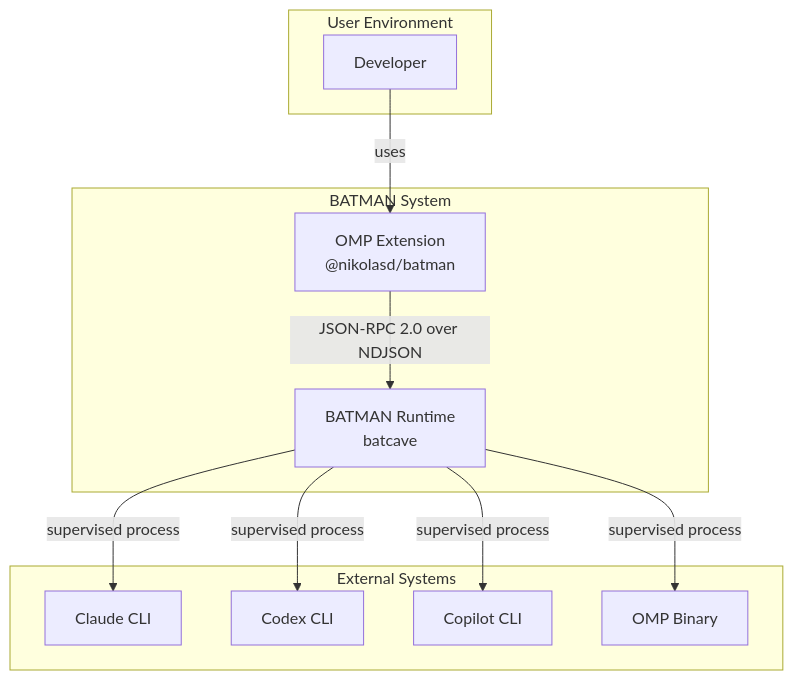
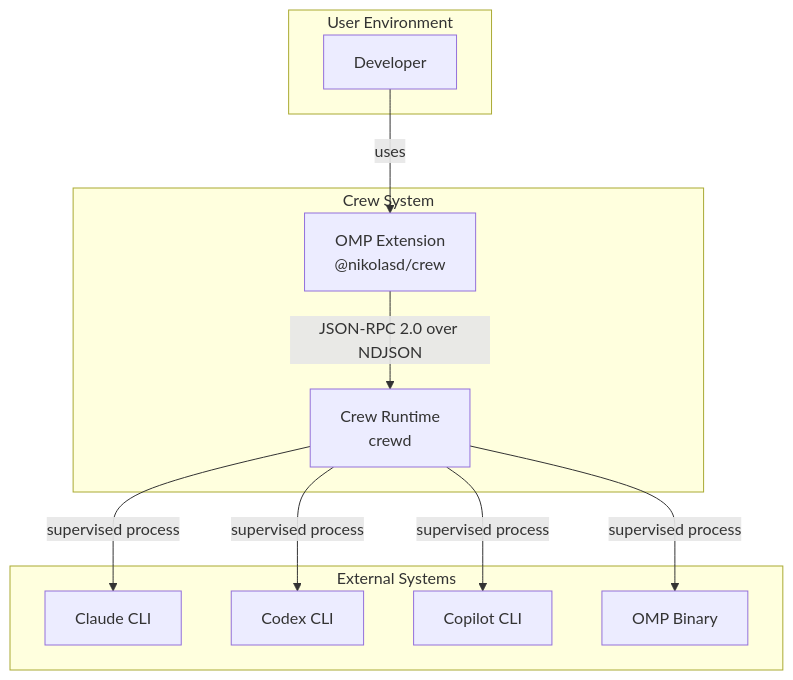
Before and after one commit to nikolasd/batman: the first of 5 diagrams in docs/architecture.md, drawn with Mermaid. The commit also changed other lines of this file and 14 other files, not shown here.

First line of the commit message:
docs: batman -> crew across living documentation

````diff
--- a/docs/architecture.md
+++ b/docs/architecture.md
@@ -40,25 +40,25 @@
 ```mermaid
 graph TB
     subgraph "User Environment"
         U[Developer]
     end
 
-    subgraph "BATMAN System"
-        OE[OMP Extension<br/>@nikolasd/batman]
-        BR[BATMAN Runtime<br/>batcave]
+    subgraph "Crew System"
+        OE[OMP Extension<br/>@nikolasd/crew]
+        BR[Crew Runtime<br/>crewd]
     end
 
     subgraph "External Systems"
         C[Claude CLI]
         CD[Codex CLI]
         CP[Copilot CLI]
         O[OMP Binary]
     end
 
     U -->|uses| OE
     OE -->|JSON-RPC 2.0 over NDJSON| BR
     BR -->|supervised process| C
     BR -->|supervised process| CD
     BR -->|supervised process| CP
     BR -->|supervised process| O
 ```
````
